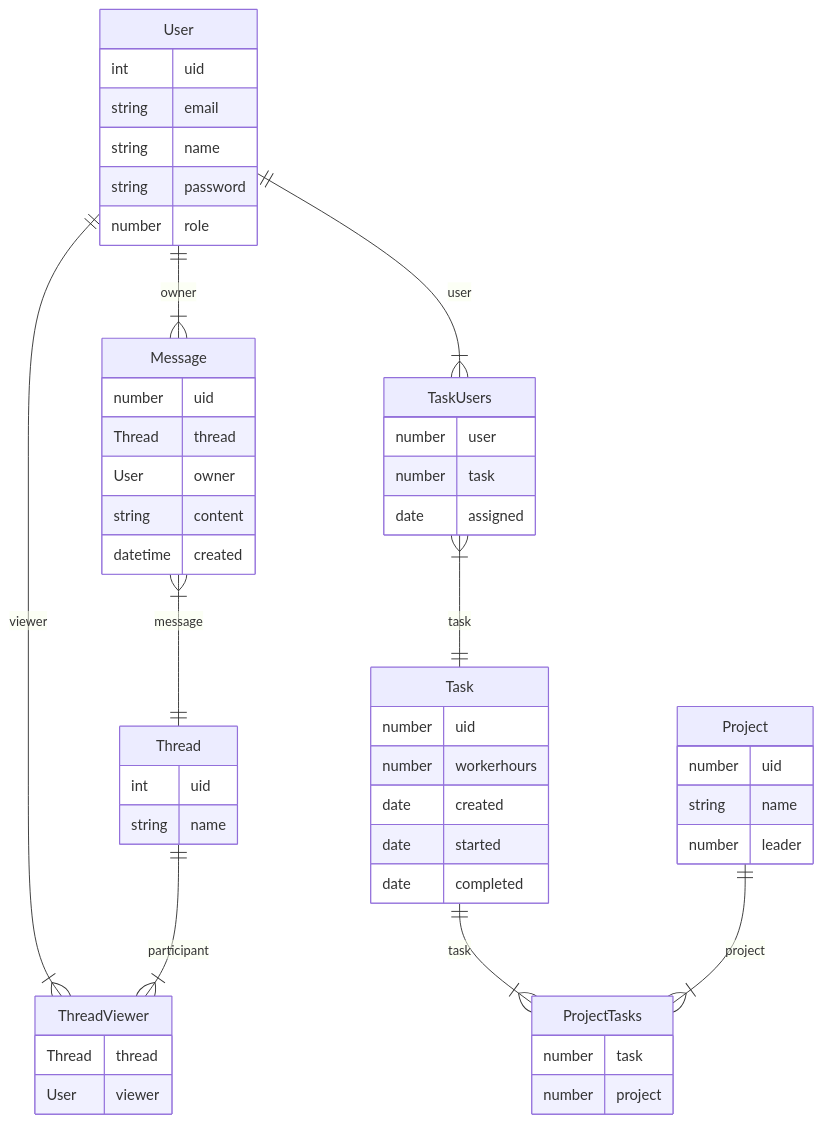
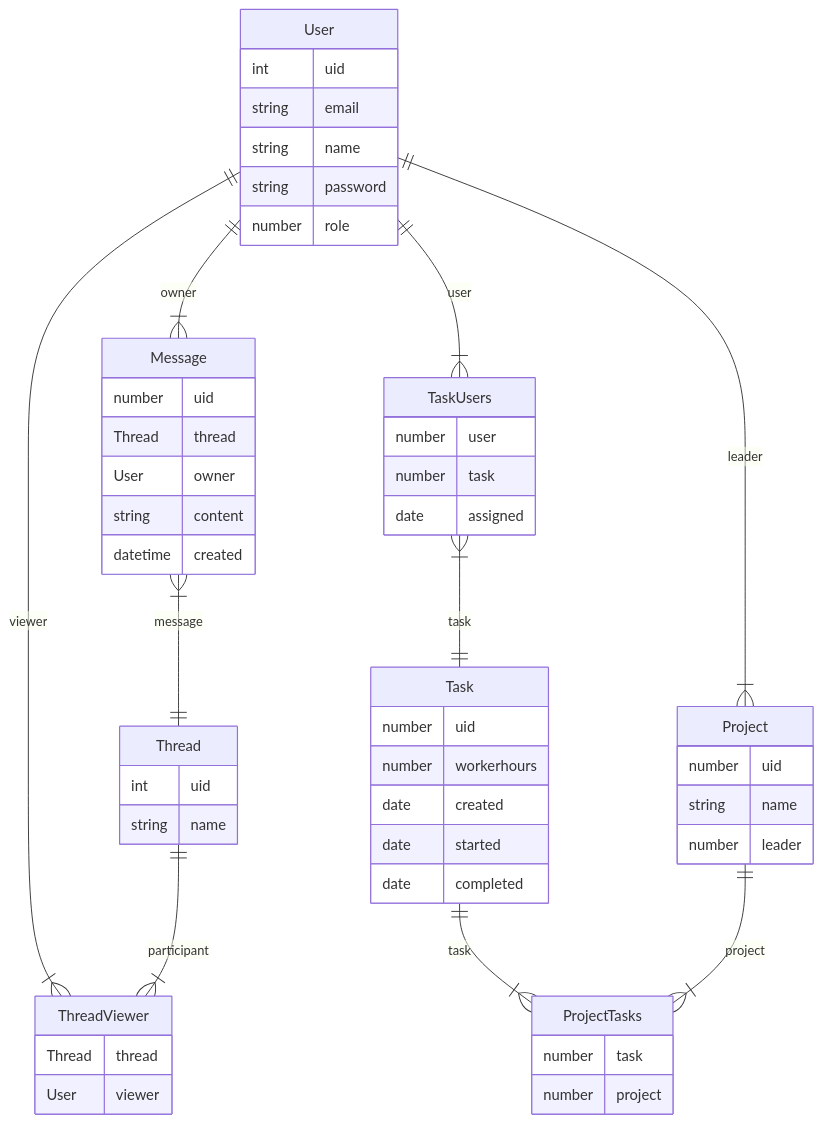
Before and after one commit to TWoolhouse/Slook: the diagram in design/schema.md, drawn with Mermaid.

Commit message:
schema fix

````diff
--- a/design/schema.md
+++ b/design/schema.md
@@ -1,66 +1,68 @@
 ```mermaid
 erDiagram
 
 	Message }|--|| Thread : message
 
 	User ||--|{ Message : owner
 	User ||--|{ ThreadViewer : viewer
 	Thread ||--|{ ThreadViewer : participant
 
 	User ||--|{ TaskUsers : user
 	TaskUsers }|--|| Task : task
 	Task ||--|{ ProjectTasks : task
 	Project ||--|{ ProjectTasks : project
+
+	User ||--|{ Project : leader
 
 	User {
 		int uid
 		string email
 		string name
 		string password
 		number role
 	}
 
 	Thread {
 		int uid
 		string name
 	}
 
 	Message {
 		number uid
 		Thread thread
 		User owner
 		string content
 		datetime created
 	}
 
 	ThreadViewer {
 		Thread thread
 		User viewer
 	}
 
 	Project {
 		number uid
 		string name
 		number leader
 	}
 
 	Task {
 		number uid
 		number workerhours
 		date created
 		date started
 		date completed
 	}
 
 	ProjectTasks {
 		number task
 		number project
 	}
 
 	TaskUsers {
 		number user
 		number task
 		date assigned
 	}
 
 ```
````
